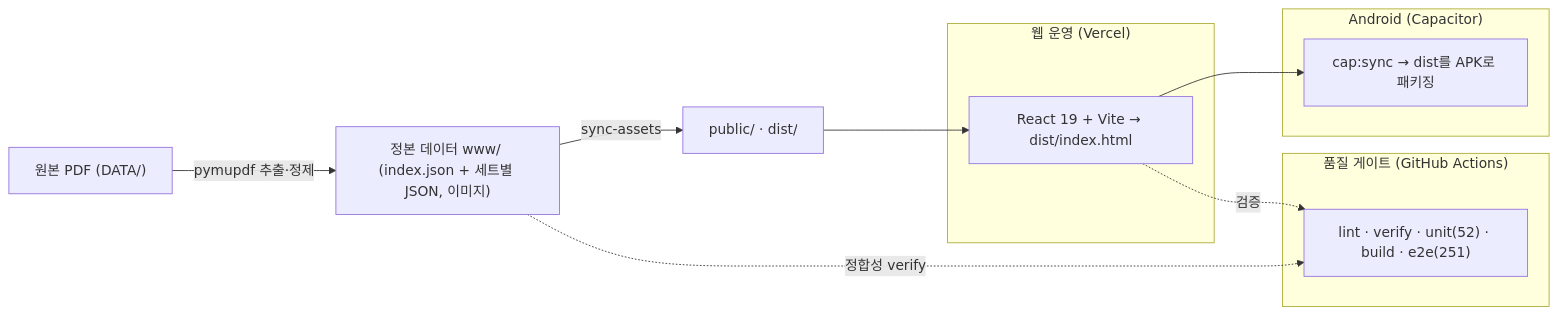
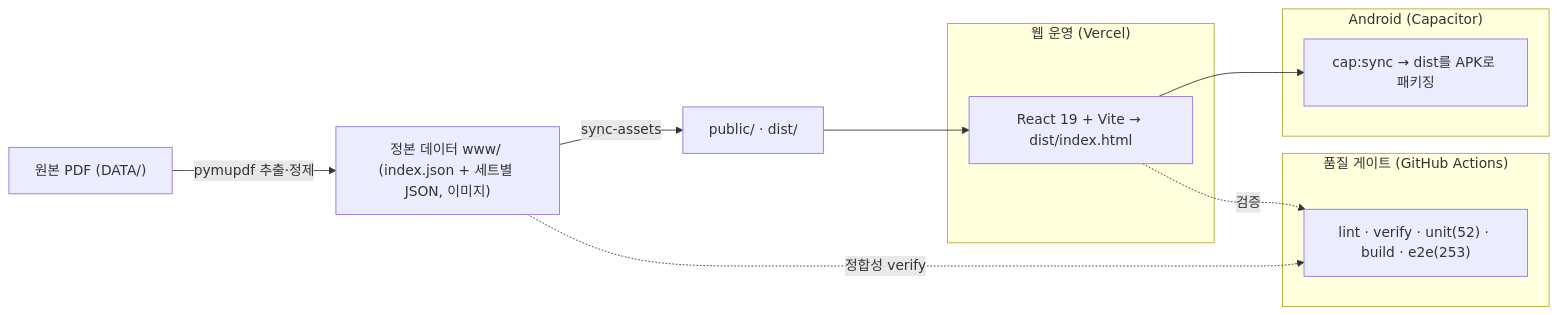
Before and after one commit to WindowHyun/ISTQB: the diagram in README.md, drawn with Mermaid. The commit also changed other lines of this file and 2 other files, not shown here.

````diff
--- a/README.md
+++ b/README.md
@@ -165,20 +165,20 @@
 ```mermaid
 flowchart LR
   PDF["원본 PDF (DATA/)"] -->|pymupdf 추출·정제| SRC["정본 데이터 www/ (index.json + 세트별 JSON, 이미지)"]
   SRC -->|sync-assets| PUB["public/ · dist/"]
 
   subgraph 웹_운영["웹 운영 (Vercel)"]
     REACT["React 19 + Vite → dist/index.html"]
   end
   subgraph APK["Android (Capacitor)"]
     CAP["cap:sync → dist를 APK로 패키징"]
   end
   PUB --> REACT
   REACT --> CAP
 
   subgraph 품질["품질 게이트 (GitHub Actions)"]
-    CI["lint · verify · unit(52) · build · e2e(251)"]
+    CI["lint · verify · unit(52) · build · e2e(253)"]
   end
   REACT -.검증.-> CI
   SRC -.정합성 verify.-> CI
 ```
````
